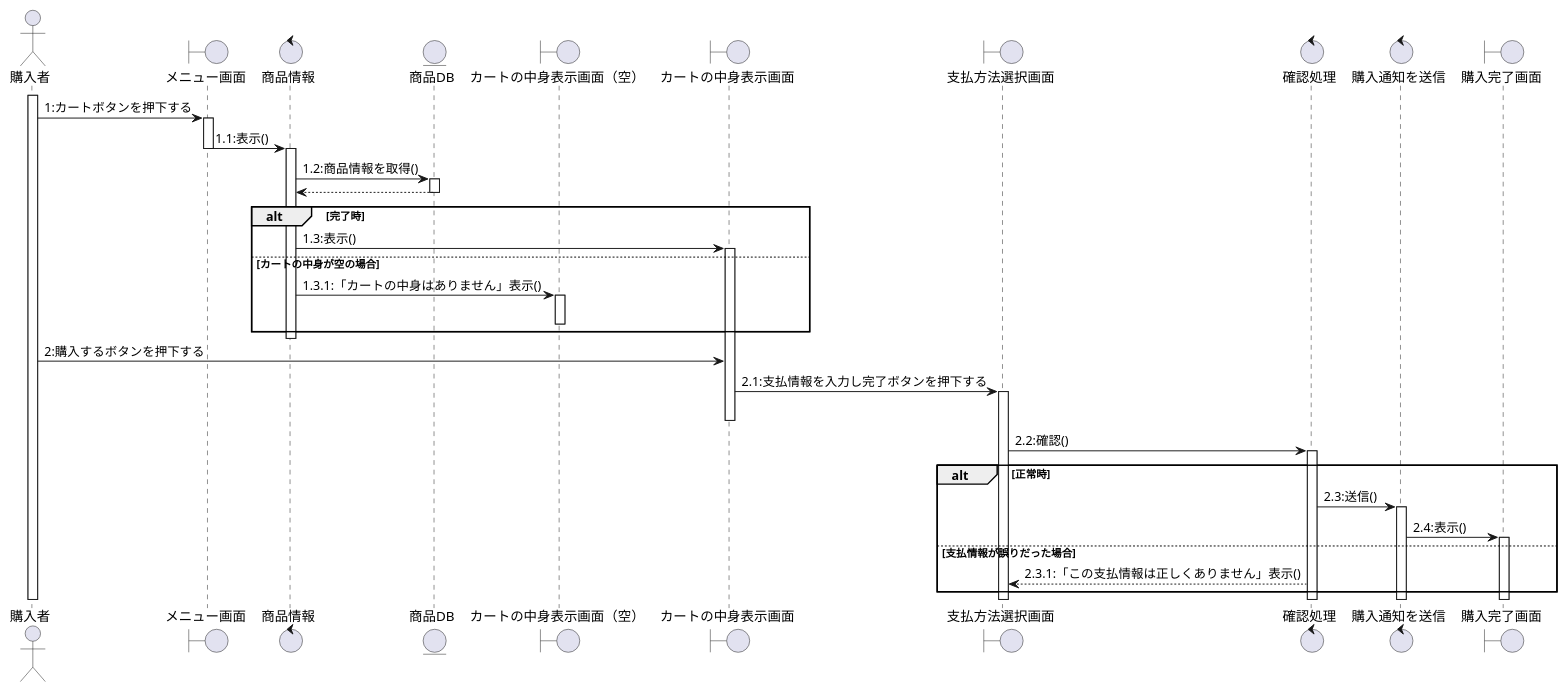
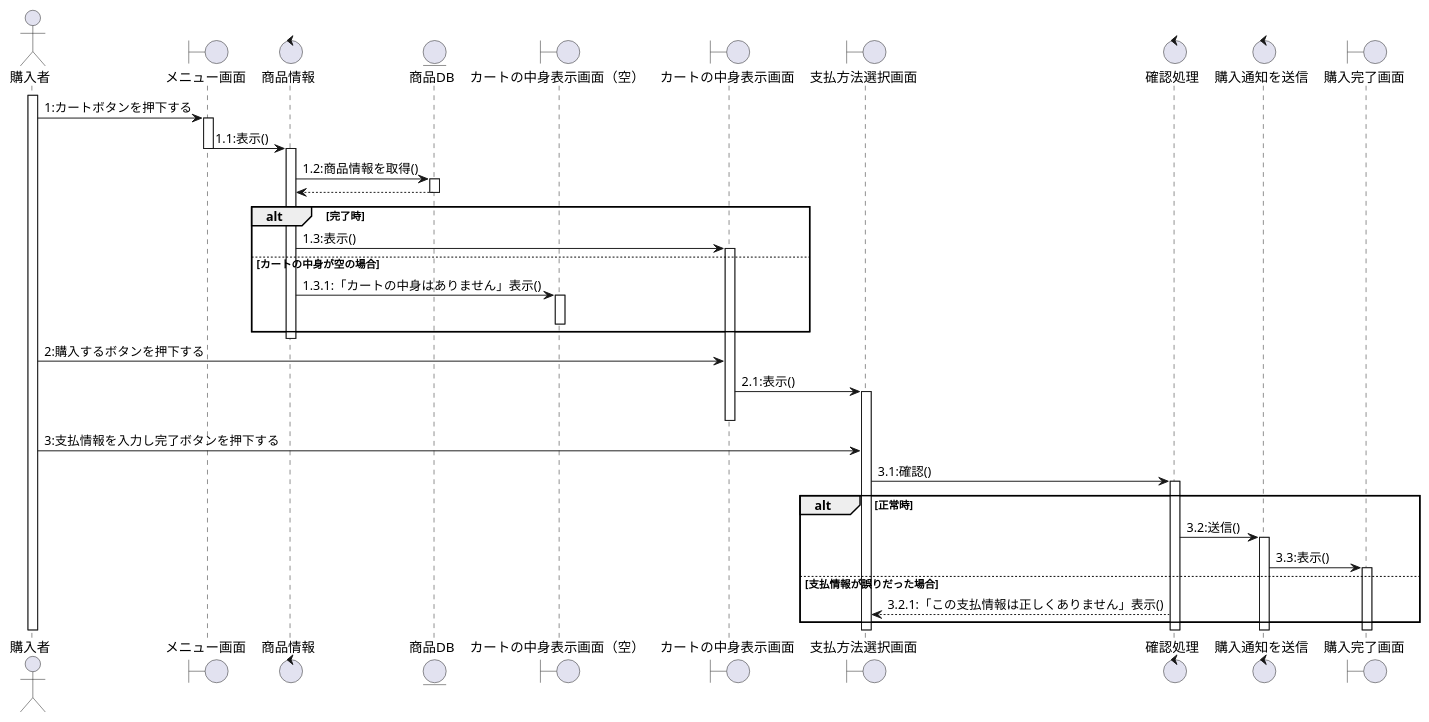
One commit to T-kouki/local-vege-link changed the diagram in シーケンス_購入者/商品購入.puml. Above: the diagram before and after it, drawn with PlantUML. The commit also changed 4 other files, not shown here.

```diff
--- a/シーケンス_購入者/商品購入.puml
+++ b/シーケンス_購入者/商品購入.puml
@@ -1,48 +1,49 @@
 @startuml
 
 actor 購入者
 boundary メニュー画面
 control 商品情報
 entity 商品DB
 boundary "カートの中身表示画面（空）"
 boundary カートの中身表示画面
 boundary 支払方法選択画面
 control 確認処理
 control 購入通知を送信
 boundary 購入完了画面
 
 activate 購入者
 購入者 -> メニュー画面:1:カートボタンを押下する
 activate メニュー画面
 メニュー画面 -> 商品情報:1.1:表示()
 deactivate メニュー画面
 activate 商品情報
 商品情報 -> 商品DB:1.2:商品情報を取得()
 activate 商品DB
 商品DB --> 商品情報:
 deactivate 商品DB
 alt 完了時
 商品情報 -> カートの中身表示画面:1.3:表示()
 activate カートの中身表示画面
 else カートの中身が空の場合
     商品情報 -> "カートの中身表示画面（空）" :1.3.1:「カートの中身はありません」表示()
     activate "カートの中身表示画面（空）"
     deactivate "カートの中身表示画面（空）"
 end
 deactivate 商品情報
 購入者 -> カートの中身表示画面:2:購入するボタンを押下する
-カートの中身表示画面 -> 支払方法選択画面:2.1:支払情報を入力し完了ボタンを押下する
+カートの中身表示画面 -> 支払方法選択画面:2.1:表示()
 activate 支払方法選択画面
 deactivate カートの中身表示画面
-支払方法選択画面 -> 確認処理:2.2:確認()
+購入者 -> 支払方法選択画面:3:支払情報を入力し完了ボタンを押下する
+支払方法選択画面 -> 確認処理:3.1:確認()
 activate 確認処理
 alt 正常時
-    確認処理 -> 購入通知を送信:2.3:送信()
+    確認処理 -> 購入通知を送信:3.2:送信()
     activate 購入通知を送信
-    購入通知を送信 -> 購入完了画面:2.4:表示()
+    購入通知を送信 -> 購入完了画面:3.3:表示()
     activate 購入完了画面
 else 支払情報が誤りだった場合
-    確認処理 --> 支払方法選択画面:2.3.1:「この支払情報は正しくありません」表示()
+    確認処理 --> 支払方法選択画面:3.2.1:「この支払情報は正しくありません」表示()
 end
 
 @enduml
```
